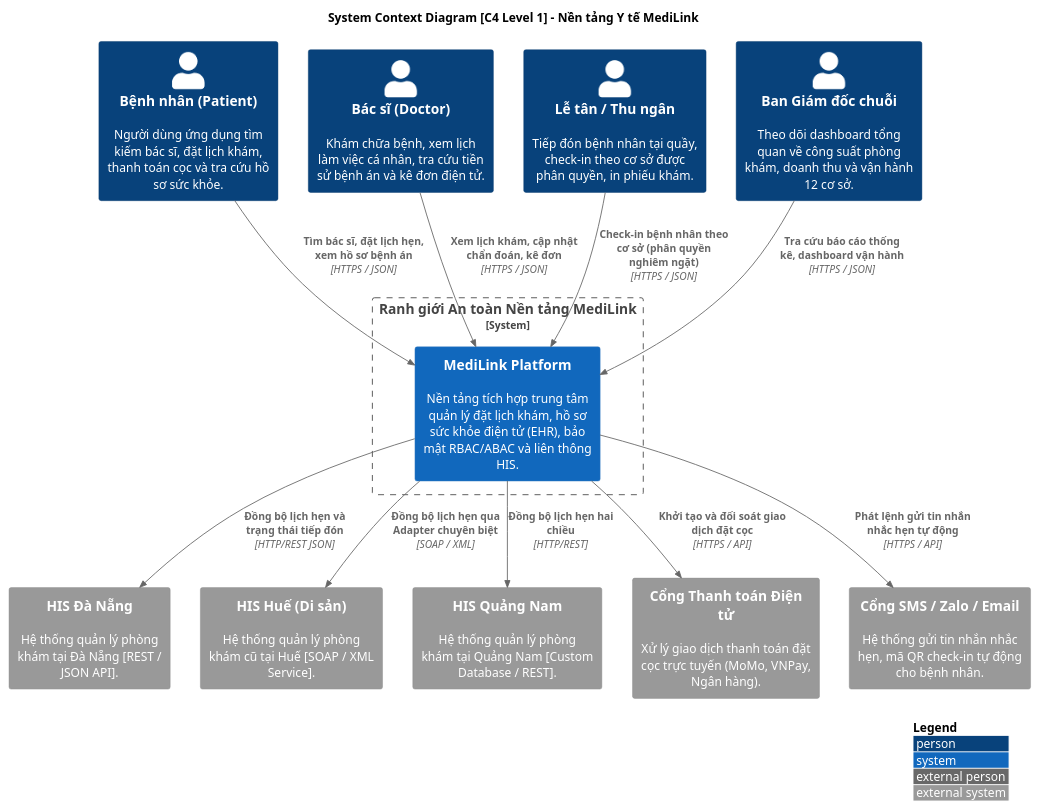
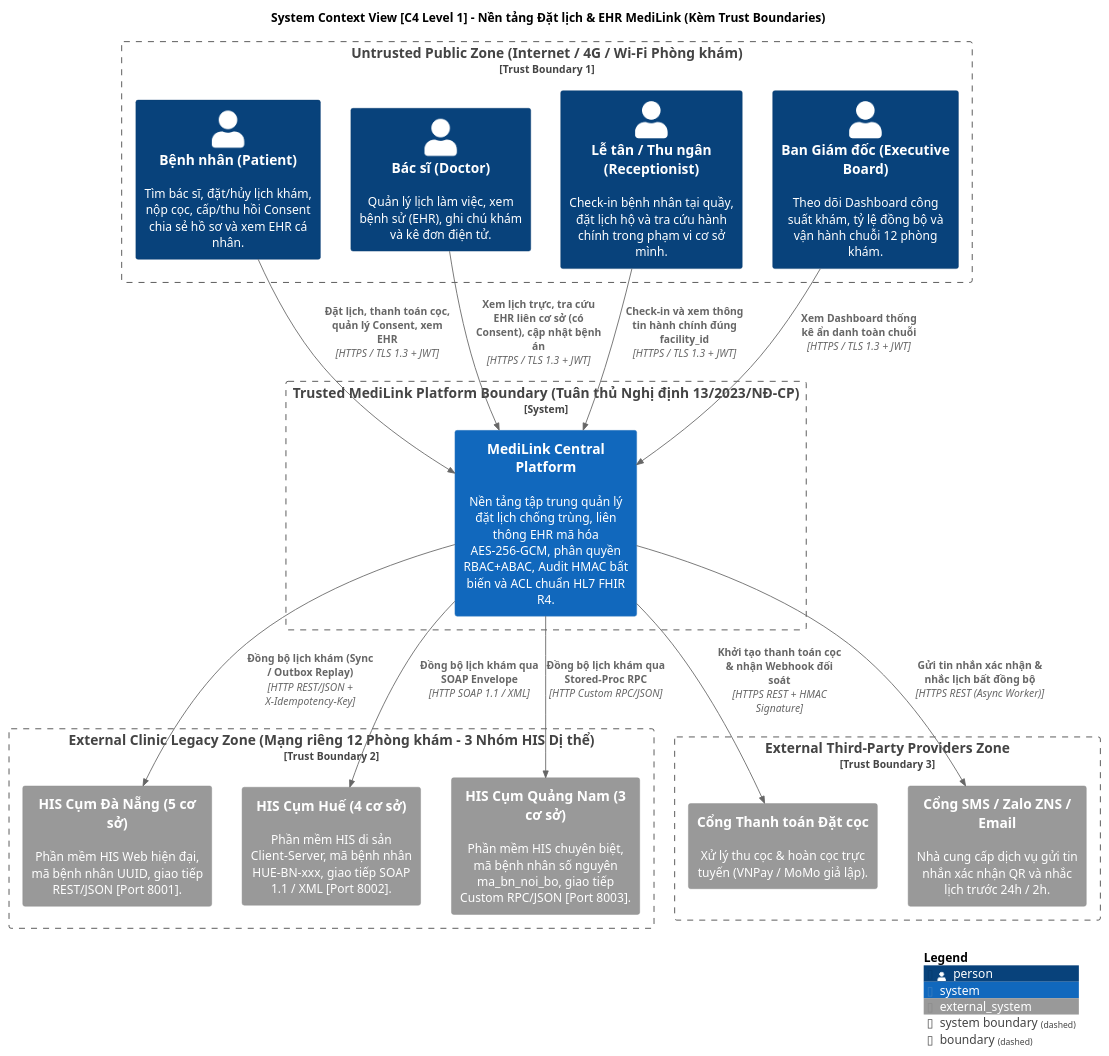
The diagram in diagrams/c4-context.puml (Baohy-14/-SE403-Group-Project), drawn with PlantUML before and after one commit. The commit also changed 23 other files, not shown here.

Commit message:
docs(architecture): cap nhat day du ho so M0-M5, 7 ADRs (v2 Outbox/ObjectStorage) va 6 so do C4

```diff
--- a/diagrams/c4-context.puml
+++ b/diagrams/c4-context.puml
@@ -1,34 +1,42 @@
 @startuml C4_Context_MediLink
 !include https://raw.githubusercontent.com/plantuml-stdlib/C4-PlantUML/master/C4_Context.puml
 
 LAYOUT_WITH_LEGEND()
 
-title System Context Diagram [C4 Level 1] - Nền tảng Y tế MediLink
+title System Context View [C4 Level 1] - Nền tảng Đặt lịch & EHR MediLink (Kèm Trust Boundaries)
 
-Person(patient, "Bệnh nhân (Patient)", "Người dùng ứng dụng tìm kiếm bác sĩ, đặt lịch khám, thanh toán cọc và tra cứu hồ sơ sức khỏe.")
-Person(doctor, "Bác sĩ (Doctor)", "Khám chữa bệnh, xem lịch làm việc cá nhân, tra cứu tiền sử bệnh án và kê đơn điện tử.")
-Person(receptionist, "Lễ tân / Thu ngân", "Tiếp đón bệnh nhân tại quầy, check-in theo cơ sở được phân quyền, in phiếu khám.")
-Person(director, "Ban Giám đốc chuỗi", "Theo dõi dashboard tổng quan về công suất phòng khám, doanh thu và vận hành 12 cơ sở.")
-
-System_Boundary(c1, "Ranh giới An toàn Nền tảng MediLink") {
-    System(medilink, "MediLink Platform", "Nền tảng tích hợp trung tâm quản lý đặt lịch khám, hồ sơ sức khỏe điện tử (EHR), bảo mật RBAC/ABAC và liên thông HIS.")
+Boundary(tb_public, "Untrusted Public Zone (Internet / 4G / Wi-Fi Phòng khám)", "Trust Boundary 1") {
+    Person(patient, "Bệnh nhân (Patient)", "Tìm bác sĩ, đặt/hủy lịch khám, nộp cọc, cấp/thu hồi Consent chia sẻ hồ sơ và xem EHR cá nhân.")
+    Person(doctor, "Bác sĩ (Doctor)", "Quản lý lịch làm việc, xem bệnh sử (EHR), ghi chú khám và kê đơn điện tử.")
+    Person(receptionist, "Lễ tân / Thu ngân (Receptionist)", "Check-in bệnh nhân tại quầy, đặt lịch hộ và tra cứu hành chính trong phạm vi cơ sở mình.")
+    Person(director, "Ban Giám đốc (Executive Board)", "Theo dõi Dashboard công suất khám, tỷ lệ đồng bộ và vận hành chuỗi 12 phòng khám.")
 }
 
-System_Ext(his_danang, "HIS Đà Nẵng", "Hệ thống quản lý phòng khám tại Đà Nẵng [REST / JSON API].")
-System_Ext(his_hue, "HIS Huế (Di sản)", "Hệ thống quản lý phòng khám cũ tại Huế [SOAP / XML Service].")
-System_Ext(his_quangnam, "HIS Quảng Nam", "Hệ thống quản lý phòng khám tại Quảng Nam [Custom Database / REST].")
-System_Ext(payment_gw, "Cổng Thanh toán Điện tử", "Xử lý giao dịch thanh toán đặt cọc trực tuyến (MoMo, VNPay, Ngân hàng).")
-System_Ext(notification_gw, "Cổng SMS / Zalo / Email", "Hệ thống gửi tin nhắn nhắc hẹn, mã QR check-in tự động cho bệnh nhân.")
+System_Boundary(tb_medilink, "Trusted MediLink Platform Boundary (Tuân thủ Nghị định 13/2023/NĐ-CP)") {
+    System(medilink, "MediLink Central Platform", "Nền tảng tập trung quản lý đặt lịch chống trùng, liên thông EHR mã hóa AES-256-GCM, phân quyền RBAC+ABAC, Audit HMAC bất biến và ACL chuẩn HL7 FHIR R4.")
+}
 
-Rel(patient, medilink, "Tìm bác sĩ, đặt lịch hẹn, xem hồ sơ bệnh án", "HTTPS / JSON")
-Rel(doctor, medilink, "Xem lịch khám, cập nhật chẩn đoán, kê đơn", "HTTPS / JSON")
-Rel(receptionist, medilink, "Check-in bệnh nhân theo cơ sở (phân quyền nghiêm ngặt)", "HTTPS / JSON")
-Rel(director, medilink, "Tra cứu báo cáo thống kê, dashboard vận hành", "HTTPS / JSON")
+Boundary(tb_his, "External Clinic Legacy Zone (Mạng riêng 12 Phòng khám - 3 Nhóm HIS Dị thể)", "Trust Boundary 2") {
+    System_Ext(his_danang, "HIS Cụm Đà Nẵng (5 cơ sở)", "Phần mềm HIS Web hiện đại, mã bệnh nhân UUID, giao tiếp REST/JSON [Port 8001].")
+    System_Ext(his_hue, "HIS Cụm Huế (4 cơ sở)", "Phần mềm HIS di sản Client-Server, mã bệnh nhân HUE-BN-xxx, giao tiếp SOAP 1.1 / XML [Port 8002].")
+    System_Ext(his_quangnam, "HIS Cụm Quảng Nam (3 cơ sở)", "Phần mềm HIS chuyên biệt, mã bệnh nhân số nguyên ma_bn_noi_bo, giao tiếp Custom RPC/JSON [Port 8003].")
+}
 
-Rel(medilink, his_danang, "Đồng bộ lịch hẹn và trạng thái tiếp đón", "HTTP/REST JSON")
-Rel(medilink, his_hue, "Đồng bộ lịch hẹn qua Adapter chuyên biệt", "SOAP / XML")
-Rel(medilink, his_quangnam, "Đồng bộ lịch hẹn hai chiều", "HTTP/REST")
-Rel(medilink, payment_gw, "Khởi tạo và đối soát giao dịch đặt cọc", "HTTPS / API")
-Rel(medilink, notification_gw, "Phát lệnh gửi tin nhắn nhắc hẹn tự động", "HTTPS / API")
+Boundary(tb_thirdparty, "External Third-Party Providers Zone", "Trust Boundary 3") {
+    System_Ext(payment_gw, "Cổng Thanh toán Đặt cọc", "Xử lý thu cọc & hoàn cọc trực tuyến (VNPay / MoMo giả lập).")
+    System_Ext(notif_gw, "Cổng SMS / Zalo ZNS / Email", "Nhà cung cấp dịch vụ gửi tin nhắn xác nhận QR và nhắc lịch trước 24h / 2h.")
+}
 
+Rel(patient, medilink, "Đặt lịch, thanh toán cọc, quản lý Consent, xem EHR", "HTTPS / TLS 1.3 + JWT")
+Rel(doctor, medilink, "Xem lịch trực, tra cứu EHR liên cơ sở (có Consent), cập nhật bệnh án", "HTTPS / TLS 1.3 + JWT")
+Rel(receptionist, medilink, "Check-in và xem thông tin hành chính đúng facility_id", "HTTPS / TLS 1.3 + JWT")
+Rel(director, medilink, "Xem Dashboard thống kê ẩn danh toàn chuỗi", "HTTPS / TLS 1.3 + JWT")
+
+Rel(medilink, his_danang, "Đồng bộ lịch khám (Sync / Outbox Replay)", "HTTP REST/JSON + X-Idempotency-Key")
+Rel(medilink, his_hue, "Đồng bộ lịch khám qua SOAP Envelope", "HTTP SOAP 1.1 / XML")
+Rel(medilink, his_quangnam, "Đồng bộ lịch khám qua Stored-Proc RPC", "HTTP Custom RPC/JSON")
+Rel(medilink, payment_gw, "Khởi tạo thanh toán cọc & nhận Webhook đối soát", "HTTPS REST + HMAC Signature")
+Rel(medilink, notif_gw, "Gửi tin nhắn xác nhận & nhắc lịch bất đồng bộ", "HTTPS REST (Async Worker)")
+
+SHOW_LEGEND()
 @enduml
```
